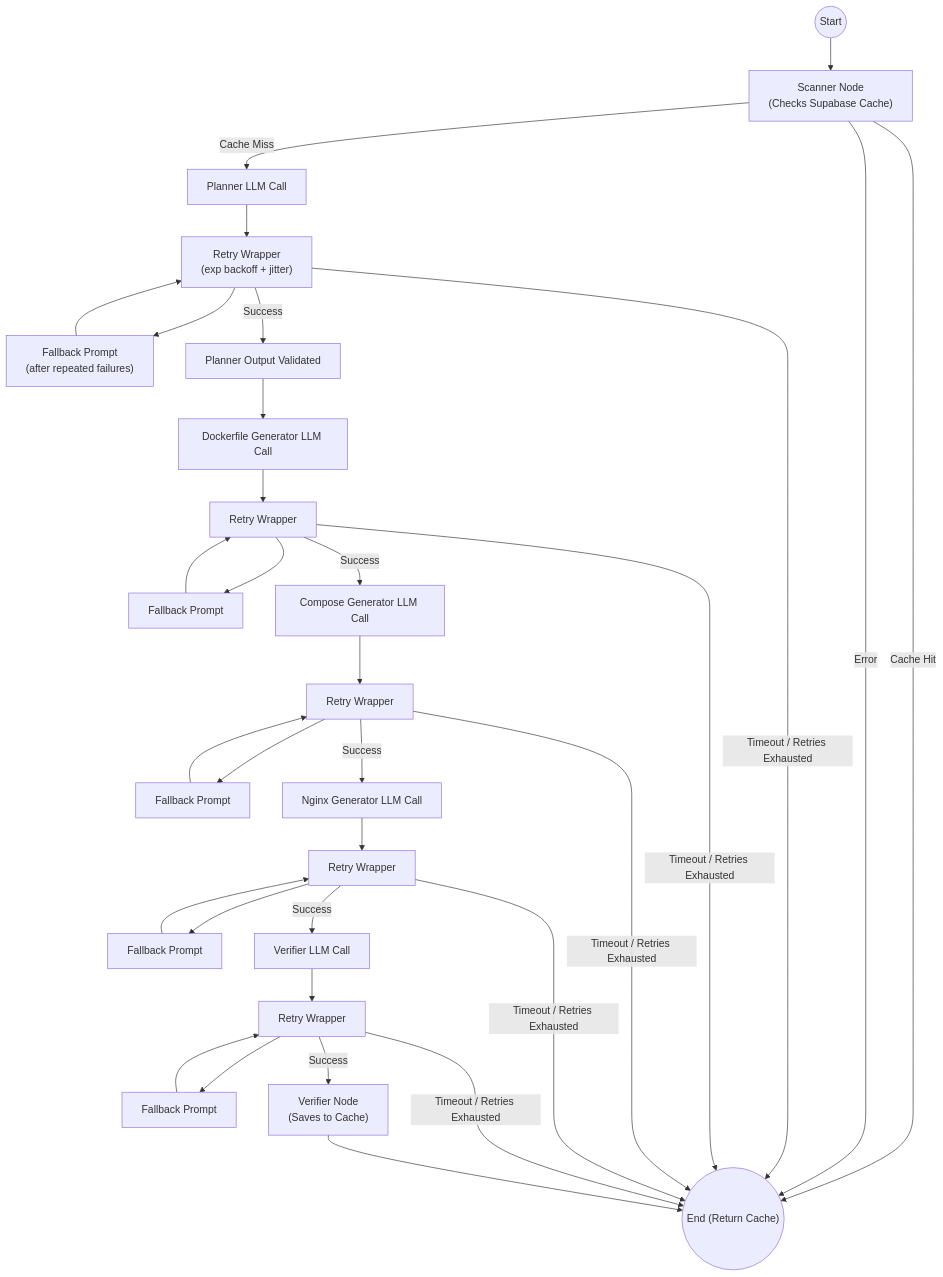
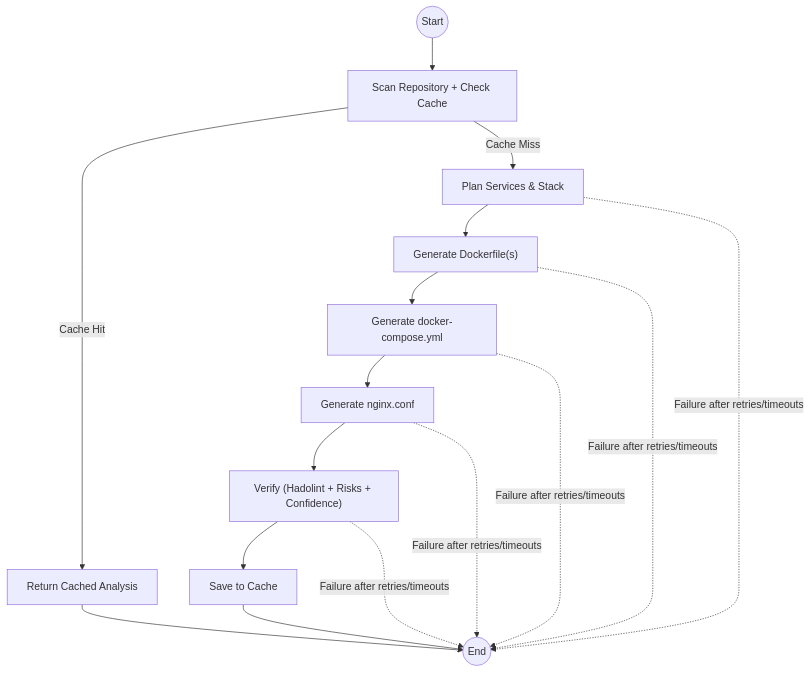
The diagram in README.md (anirudh-makuluri/deploypilot-ai), drawn with Mermaid before and after one commit.

````diff
--- a/README.md
+++ b/README.md
@@ -56,39 +56,21 @@
 ```mermaid
 graph TD
-    Start(("Start")) --> scan["Scanner Node <br> (Checks Supabase Cache)"]
-    scan -->|Cache Hit| endNode(("End (Return Cache)"))
-    scan -->|Error| endNode
-  scan -->|Cache Miss| planCall["Planner LLM Call"]
+    Start(("Start")) --> Scan["Scan Repository + Check Cache"]
+    Scan -->|Cache Hit| ReturnCache["Return Cached Analysis"]
+    Scan -->|Cache Miss| Plan["Plan Services & Stack"]
 
-  planCall --> planRetry["Retry Wrapper <br> (exp backoff + jitter)"]
-  planRetry --> planFallback["Fallback Prompt <br> (after repeated failures)"]
-  planFallback --> planRetry
-  planRetry -->|Success| planOK["Planner Output Validated"]
-  planRetry -->|Timeout / Retries Exhausted| endNode
+    Plan --> Dockerfile["Generate Dockerfile(s)"]
+    Dockerfile --> Compose["Generate docker-compose.yml"]
+    Compose --> Nginx["Generate nginx.conf"]
+    Nginx --> Verify["Verify (Hadolint + Risks + Confidence)"]
+    Verify --> Save["Save to Cache"]
 
-  planOK --> buildCall["Dockerfile Generator LLM Call"]
-  buildCall --> buildRetry["Retry Wrapper"]
-  buildRetry --> buildFallback["Fallback Prompt"]
-  buildFallback --> buildRetry
-  buildRetry -->|Success| composeCall["Compose Generator LLM Call"]
-  buildRetry -->|Timeout / Retries Exhausted| endNode
+    ReturnCache --> End(("End"))
+    Save --> End
 
-  composeCall --> composeRetry["Retry Wrapper"]
-  composeRetry --> composeFallback["Fallback Prompt"]
-  composeFallback --> composeRetry
-  composeRetry -->|Success| nginxCall["Nginx Generator LLM Call"]
-  composeRetry -->|Timeout / Retries Exhausted| endNode
-
-  nginxCall --> nginxRetry["Retry Wrapper"]
-  nginxRetry --> nginxFallback["Fallback Prompt"]
-  nginxFallback --> nginxRetry
-  nginxRetry -->|Success| verifyCall["Verifier LLM Call"]
-  nginxRetry -->|Timeout / Retries Exhausted| endNode
-
-  verifyCall --> verifyRetry["Retry Wrapper"]
-  verifyRetry --> verifyFallback["Fallback Prompt"]
-  verifyFallback --> verifyRetry
-  verifyRetry -->|Success| verifyDone["Verifier Node <br> (Saves to Cache)"]
-  verifyRetry -->|Timeout / Retries Exhausted| endNode
-  verifyDone --> endNode
+    Plan -.->|Failure after retries/timeouts| End
+    Dockerfile -.->|Failure after retries/timeouts| End
+    Compose -.->|Failure after retries/timeouts| End
+    Nginx -.->|Failure after retries/timeouts| End
+    Verify -.->|Failure after retries/timeouts| End
 ```
````
